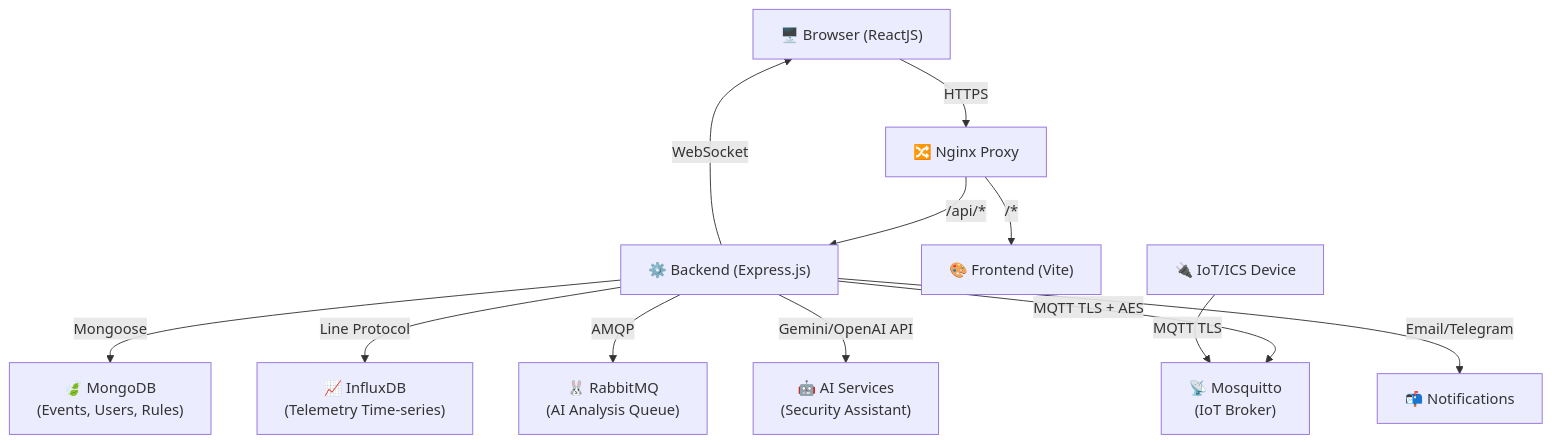
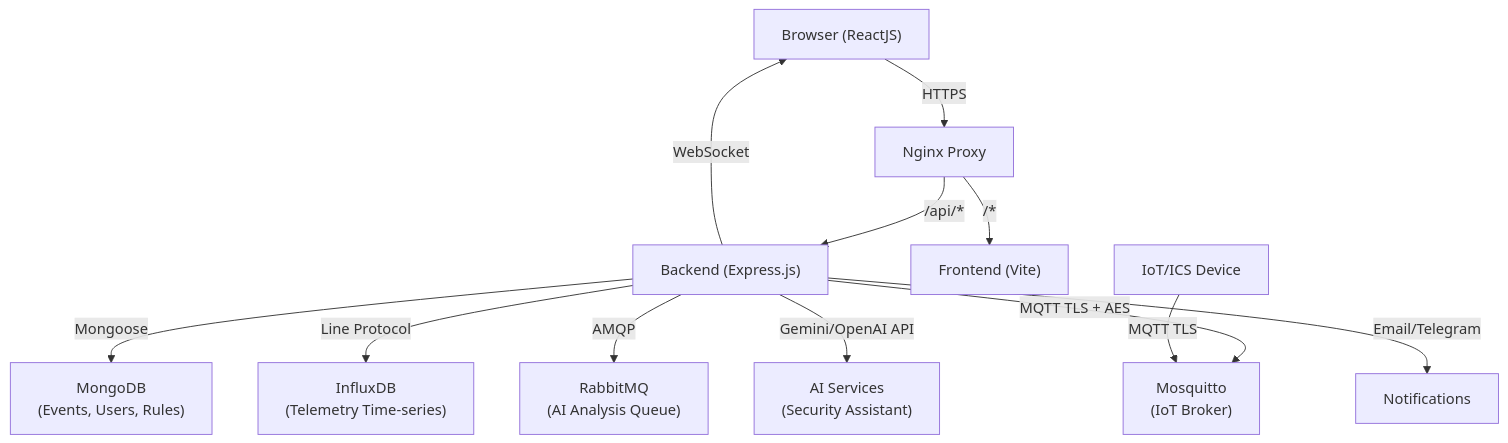
One commit to tung9k5/ICS-Guard changed the diagram in README.md. Above: the diagram before and after it, drawn with Mermaid.

Commit message:
refactor initialize ai-services project, update frontend UI components, and add backend security service

````diff
--- a/README.md
+++ b/README.md
@@ -17,17 +17,17 @@
 ```mermaid
-graph TD
-    Browser["🖥️ Browser (ReactJS)"] -->|HTTPS| Nginx["🔀 Nginx Proxy"]
-    Nginx -->|/api/*| Backend["⚙️ Backend (Express.js)"]
-    Nginx -->|/*| Frontend["🎨 Frontend (Vite)"]
+flowchart TD
+    Browser["Browser (ReactJS)"] -->|HTTPS| Nginx["Nginx Proxy"]
+    Nginx -->|/api/*| Backend["Backend (Express.js)"]
+    Nginx -->|/*| Frontend["Frontend (Vite)"]
 
-    Backend -->|Mongoose| MongoDB["🍃 MongoDB\n(Events, Users, Rules)"]
-    Backend -->|Line Protocol| InfluxDB["📈 InfluxDB\n(Telemetry Time-series)"]
-    Backend -->|AMQP| RabbitMQ["🐰 RabbitMQ\n(AI Analysis Queue)"]
-    Backend -->|MQTT TLS + AES| Mosquitto["📡 Mosquitto\n(IoT Broker)"]
-    Backend -->|Gemini/OpenAI API| AIServices["🤖 AI Services\n(Security Assistant)"]
+    Backend -->|Mongoose| MongoDB["MongoDB\n(Events, Users, Rules)"]
+    Backend -->|Line Protocol| InfluxDB["InfluxDB\n(Telemetry Time-series)"]
+    Backend -->|AMQP| RabbitMQ["RabbitMQ\n(AI Analysis Queue)"]
+    Backend -->|MQTT TLS + AES| Mosquitto["Mosquitto\n(IoT Broker)"]
+    Backend -->|Gemini/OpenAI API| AIServices["AI Services\n(Security Assistant)"]
 
-    IoTDevice["🔌 IoT/ICS Device"] -->|MQTT TLS| Mosquitto
+    IoTDevice["IoT/ICS Device"] -->|MQTT TLS| Mosquitto
 
     Backend -->|WebSocket| Browser
-    Backend -->|Email/Telegram| Notifications["📬 Notifications"]
+    Backend -->|Email/Telegram| Notifications["Notifications"]
 ```
````
